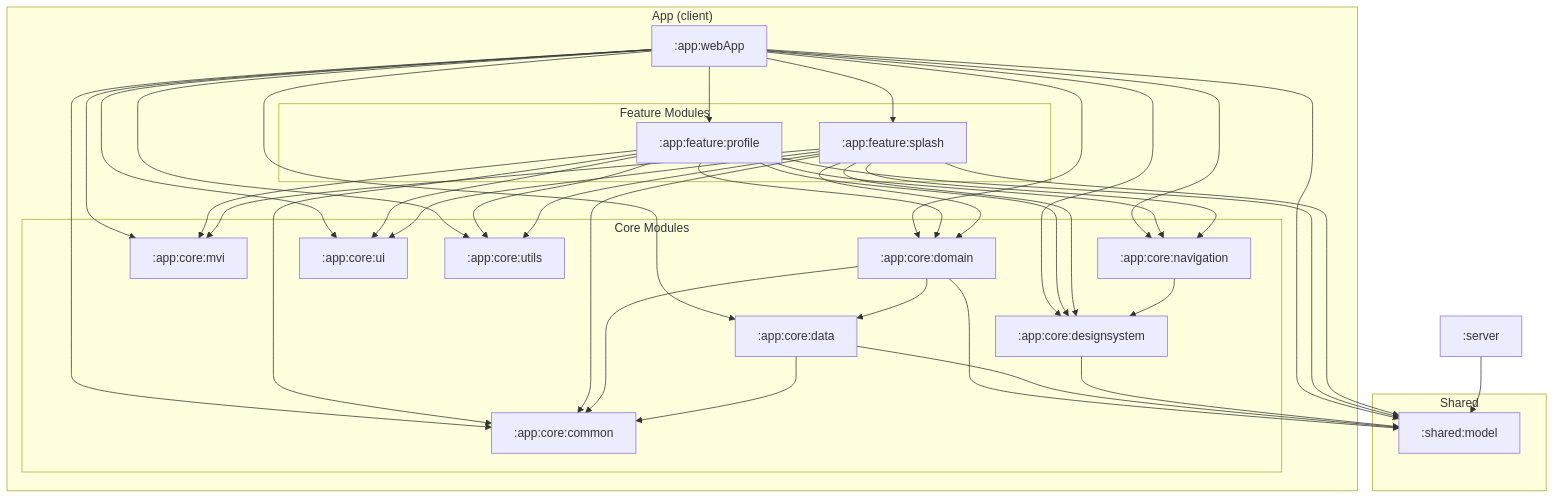
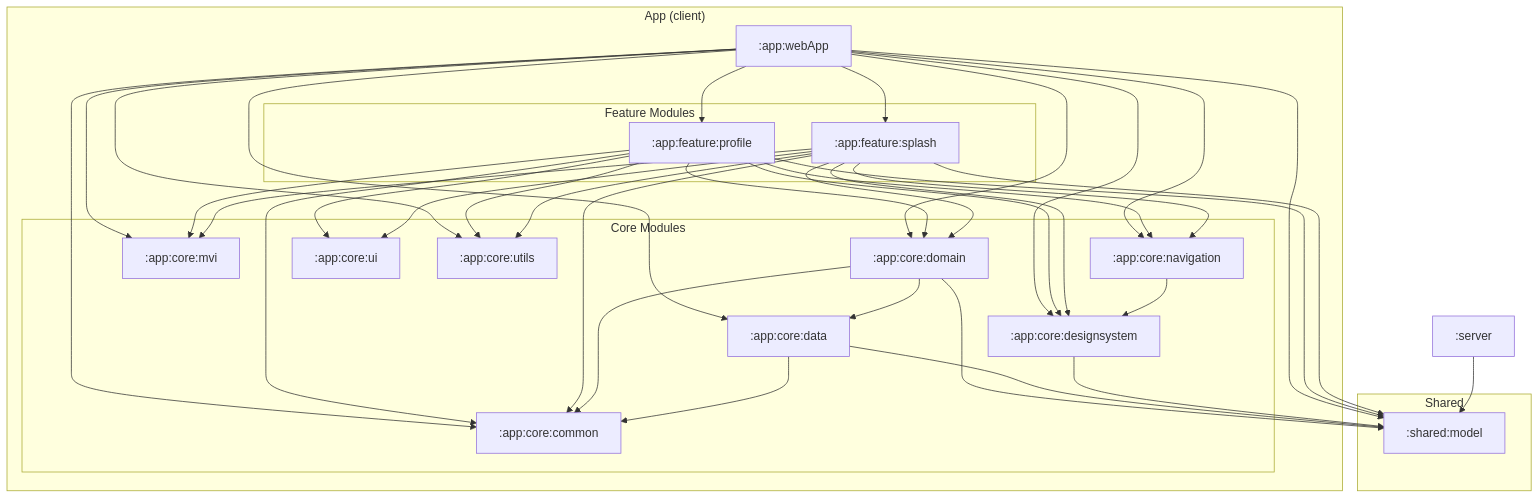
One commit to kei-1111/kei-1111.github.io changed the diagram in docs/ModuleOverview.md. Above: the diagram before and after it, drawn with Mermaid.

Commit message:
docs: drop webApp's stale app:core:ui edge from the module graph
Claude-Session: https://claude.ai/code/session_01H7ma3pCQ4RjSe9AZucodZn

````diff
--- a/docs/ModuleOverview.md
+++ b/docs/ModuleOverview.md
@@ -11,40 +11,40 @@
 ```mermaid
 flowchart TB
     subgraph "Shared"
         model[":shared:model"]
     end
 
     server[":server"]
 
     subgraph "App (client)"
         webApp[":app:webApp"]
 
         subgraph "Feature Modules"
             profile[":app:feature:profile"]
             splash[":app:feature:splash"]
         end
 
         subgraph "Core Modules"
             domain[":app:core:domain"]
             data[":app:core:data"]
             designsystem[":app:core:designsystem"]
             mvi[":app:core:mvi"]
             navigation[":app:core:navigation"]
             ui[":app:core:ui"]
             common[":app:core:common"]
             utils[":app:core:utils"]
         end
     end
 
     webApp --> profile & splash
-    webApp --> common & data & designsystem & domain & mvi & navigation & ui & utils & model
+    webApp --> common & data & designsystem & domain & mvi & navigation & utils & model
 
     profile & splash --> common & designsystem & domain & mvi & navigation & ui & utils & model
 
     domain --> common & data & model
     data --> common & model
     navigation --> designsystem
     designsystem --> model
 
     server --> model
 ```
````
